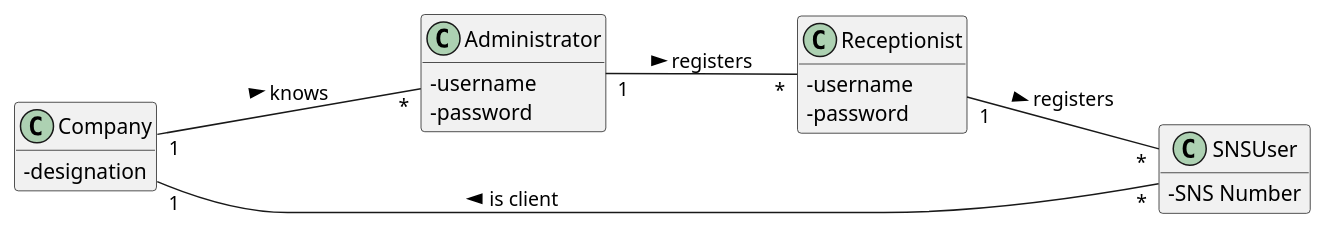
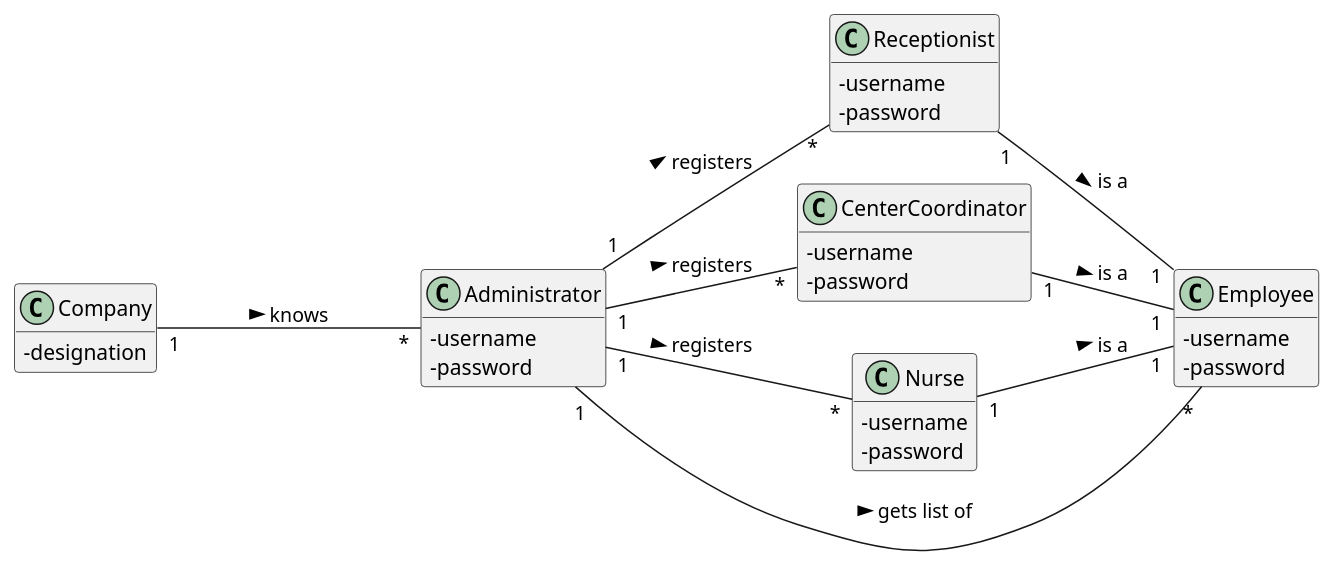
Before and after one commit to PedroMesquita1211171/VaccinationManager: the diagram in docs/SprintB/US/US11/US011_MD.puml, drawn with PlantUML. The commit also changed 7 other files, not shown here.

```diff
--- a/docs/SprintB/US/US11/US011_MD.puml
+++ b/docs/SprintB/US/US11/US011_MD.puml
@@ -1,35 +1,51 @@
 @startuml
 hide methods
 left to right direction
 skinparam classAttributeIconSize 0
 
 
 class Company {
   -designation
 }
 
+class Administrator {
+  -username
+  -password
+}
+
 class Receptionist {
   -username
   -password
 }
 
-class SNSUser {
-  -SNS Number
-}
-
-class Administrator {
+class CenterCoordinator {
   -username
   -password
 }
 
-SNSUser "*"---"1" Company : is client >
+class Nurse {
+  -username
+  -password
+}
+
+class Employee {
+  -username
+  -password
+}
+
+
 Company "1"---"*" Administrator : knows >
-Receptionist "1"--"*" SNSUser : registers >
 Administrator "1"--"*" Receptionist : registers >
+Administrator "1"--"*" CenterCoordinator : registers >
+Administrator "1"--"*" Nurse : registers >
+Receptionist "1"--"1" Employee : is a >
+CenterCoordinator "1"--"1" Employee : is a >
+Nurse "1"--"1" Employee : is a >
+Administrator "1"--"*" Employee : gets list of >
 
 
 
 
 
 
 @enduml
```
